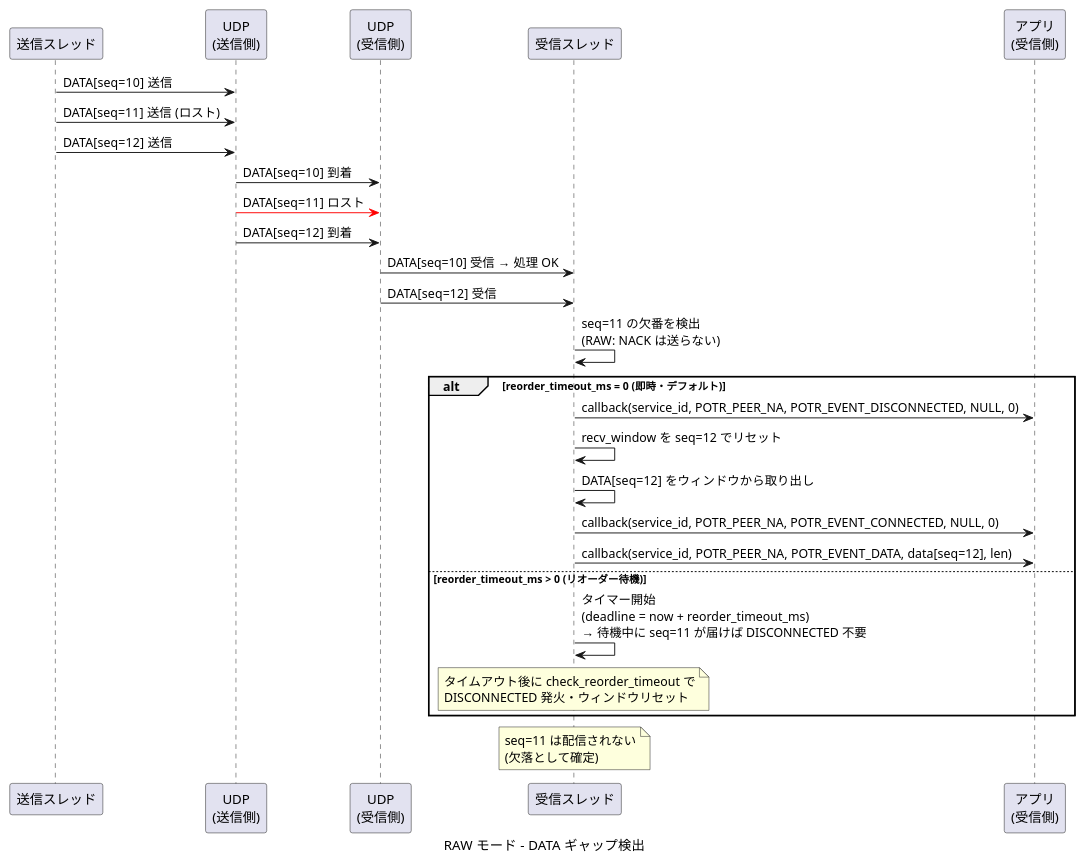
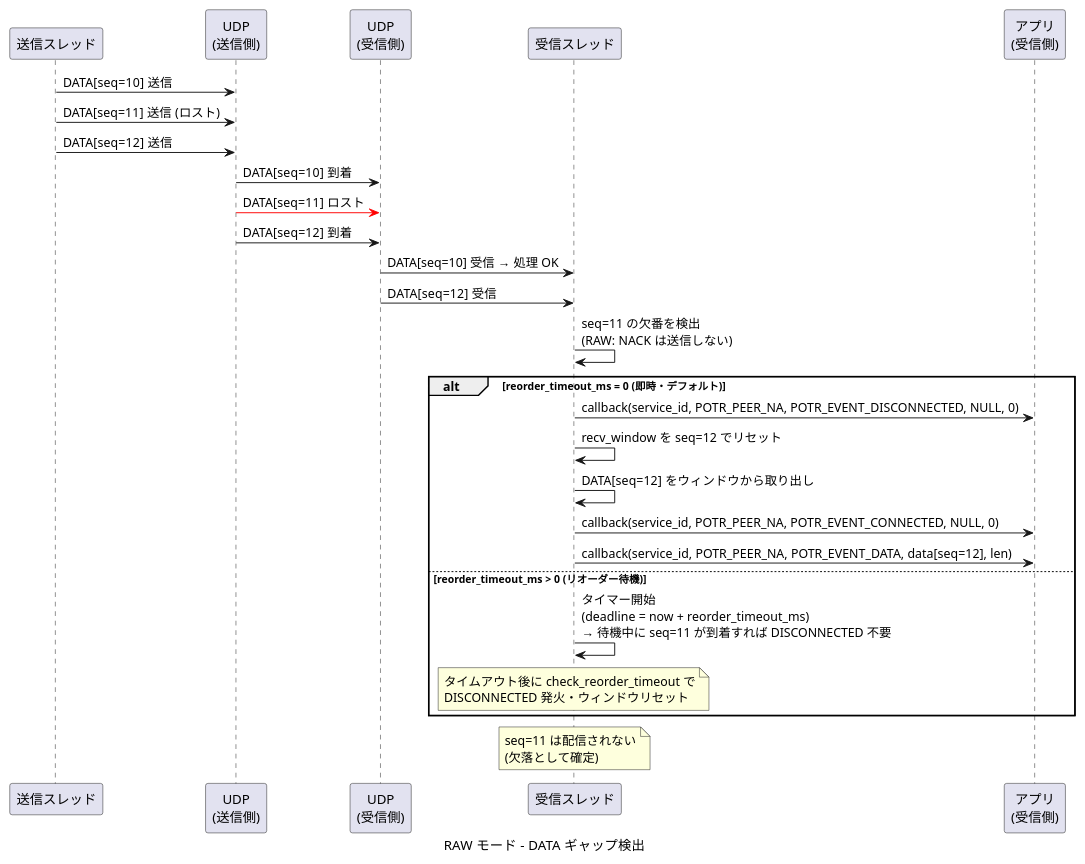
The eighth of 9 diagrams in docs/sequence-data.md (Hondarer/app_porter), drawn with PlantUML before and after one commit. The commit also changed other lines of this file and 39 other files, not shown here.

````diff
--- a/docs/sequence-data.md
+++ b/docs/sequence-data.md
@@ -290,38 +290,38 @@
 ```plantuml
 @startuml RAW モード - DATA ギャップ検出
 caption RAW モード - DATA ギャップ検出
 
 participant "送信スレッド" as ST
 participant "UDP\n(送信側)" as SUDP
 participant "UDP\n(受信側)" as RUDP
 participant "受信スレッド" as RRT
 participant "アプリ\n(受信側)" as RAPP
 
 ST -> SUDP: DATA[seq=10] 送信
 ST -> SUDP: DATA[seq=11] 送信 (ロスト)
 ST -> SUDP: DATA[seq=12] 送信
 
 SUDP -> RUDP: DATA[seq=10] 到着
 SUDP -[#red]> RUDP: DATA[seq=11] ロスト
 SUDP -> RUDP: DATA[seq=12] 到着
 
 RUDP -> RRT: DATA[seq=10] 受信 → 処理 OK
 RUDP -> RRT: DATA[seq=12] 受信
 
-RRT -> RRT: seq=11 の欠番を検出\n(RAW: NACK は送らない)
+RRT -> RRT: seq=11 の欠番を検出\n(RAW: NACK は送信しない)
 
 alt reorder_timeout_ms = 0 (即時・デフォルト)
   RRT -> RAPP: callback(service_id, POTR_PEER_NA, POTR_EVENT_DISCONNECTED, NULL, 0)
   RRT -> RRT: recv_window を seq=12 でリセット
   RRT -> RRT: DATA[seq=12] をウィンドウから取り出し
   RRT -> RAPP: callback(service_id, POTR_PEER_NA, POTR_EVENT_CONNECTED, NULL, 0)
   RRT -> RAPP: callback(service_id, POTR_PEER_NA, POTR_EVENT_DATA, data[seq=12], len)
 else reorder_timeout_ms > 0 (リオーダー待機)
-  RRT -> RRT: タイマー開始\n(deadline = now + reorder_timeout_ms)\n→ 待機中に seq=11 が届けば DISCONNECTED 不要
+  RRT -> RRT: タイマー開始\n(deadline = now + reorder_timeout_ms)\n→ 待機中に seq=11 が到着すれば DISCONNECTED 不要
   note over RRT: タイムアウト後に check_reorder_timeout で\nDISCONNECTED 発火・ウィンドウリセット
 end
 
 note over RRT: seq=11 は配信されない\n(欠落として確定)
 
 @enduml
 ```
````
